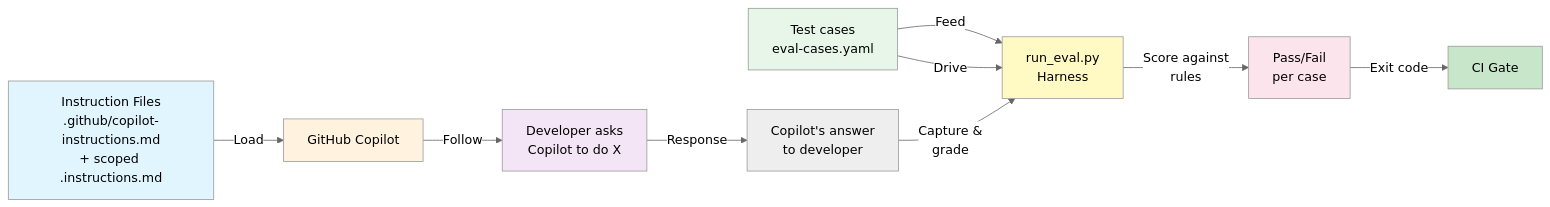
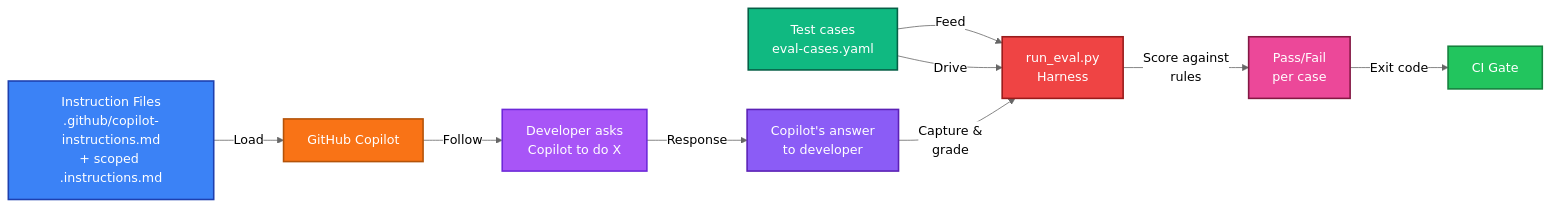
The diagram in README.md (thattechieguy/copilot-engineering-kit), drawn with Mermaid (neutral theme) before and after one commit.

Commit message:
Fix Mermaid diagram colors for GitHub dark background

````diff
--- a/README.md
+++ b/README.md
@@ -105,21 +105,22 @@
 ```mermaid
 graph LR
     A["Instruction Files<br/>.github/copilot-instructions.md<br/>+ scoped .instructions.md"] -->|Load| B["GitHub Copilot"]
     B -->|Follow| C["Developer asks<br/>Copilot to do X"]
     C -->|Response| D["Copilot's answer<br/>to developer"]
     
     E["Test cases<br/>eval-cases.yaml"] -->|Feed| F["run_eval.py<br/>Harness"]
     E -->|Drive| F
     D -->|Capture &<br/>grade| F
     
     F -->|Score against<br/>rules| G["Pass/Fail<br/>per case"]
     G -->|Exit code| H["CI Gate"]
     
-    style A fill:#e1f5ff
-    style B fill:#fff3e0
-    style C fill:#f3e5f5
-    style E fill:#e8f5e9
-    style F fill:#fff9c4
-    style G fill:#fce4ec
-    style H fill:#c8e6c9
+    style A fill:#3b82f6,stroke:#1e40af,stroke-width:2px,color:#fff
+    style B fill:#f97316,stroke:#b45309,stroke-width:2px,color:#fff
+    style C fill:#a855f7,stroke:#6d28d9,stroke-width:2px,color:#fff
+    style D fill:#8b5cf6,stroke:#5b21b6,stroke-width:2px,color:#fff
+    style E fill:#10b981,stroke:#065f46,stroke-width:2px,color:#fff
+    style F fill:#ef4444,stroke:#991b1b,stroke-width:2px,color:#fff
+    style G fill:#ec4899,stroke:#831843,stroke-width:2px,color:#fff
+    style H fill:#22c55e,stroke:#15803d,stroke-width:2px,color:#fff
 ```
````
